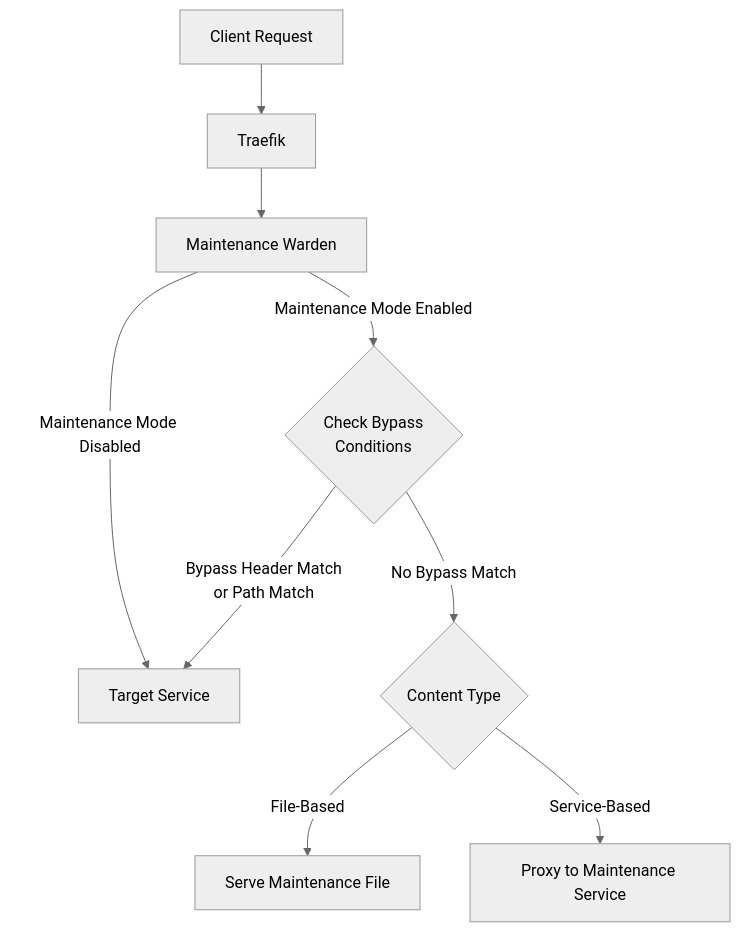
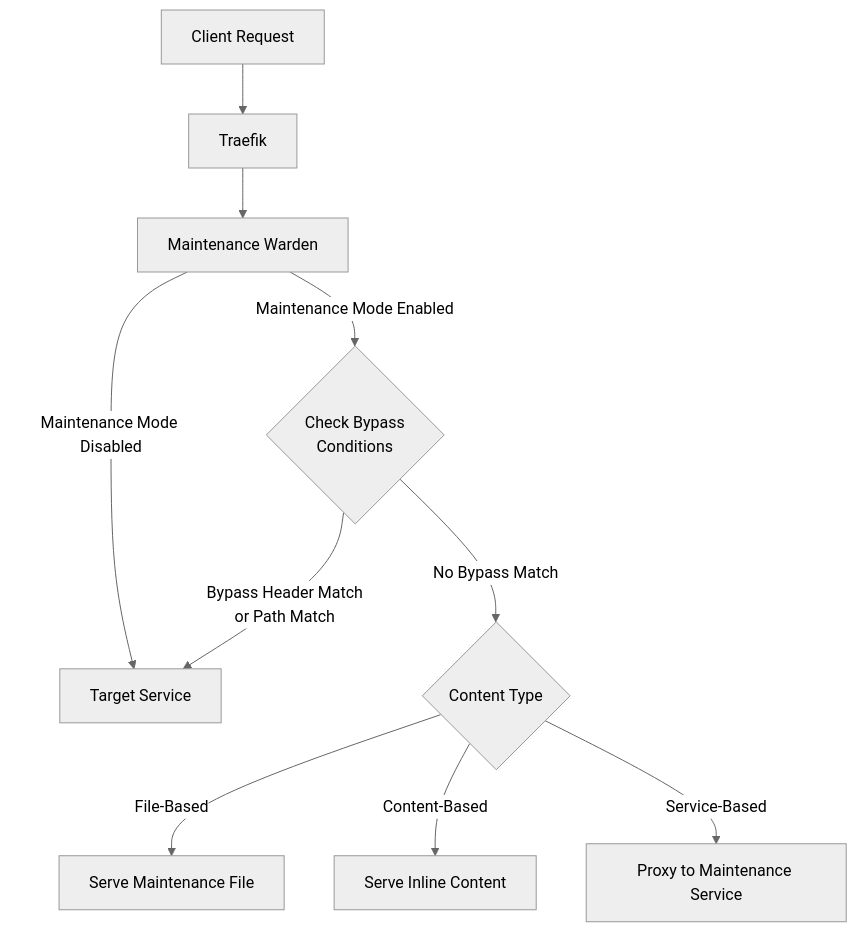
The diagram in README.md (enzo24ofreopgh/traefik-maintenance-warden), drawn with Mermaid (neutral theme) before and after one commit. The commit also changed other lines of this file and 10 other files, not shown here.

````diff
--- a/README.md
+++ b/README.md
@@ -39,11 +40,12 @@
 ```mermaid
 flowchart TB
     A[Client Request] --> B[Traefik]
     B --> C[Maintenance Warden]
     C -->|Maintenance Mode Disabled| D[Target Service]
     C -->|Maintenance Mode Enabled| E{Check Bypass\nConditions}
     E -->|Bypass Header Match\nor Path Match| D
     E -->|No Bypass Match| F{Content Type}
     F -->|File-Based| G[Serve Maintenance File]
+    F -->|Content-Based| I[Serve Inline Content]
     F -->|Service-Based| H[Proxy to Maintenance Service]
 ```
````
